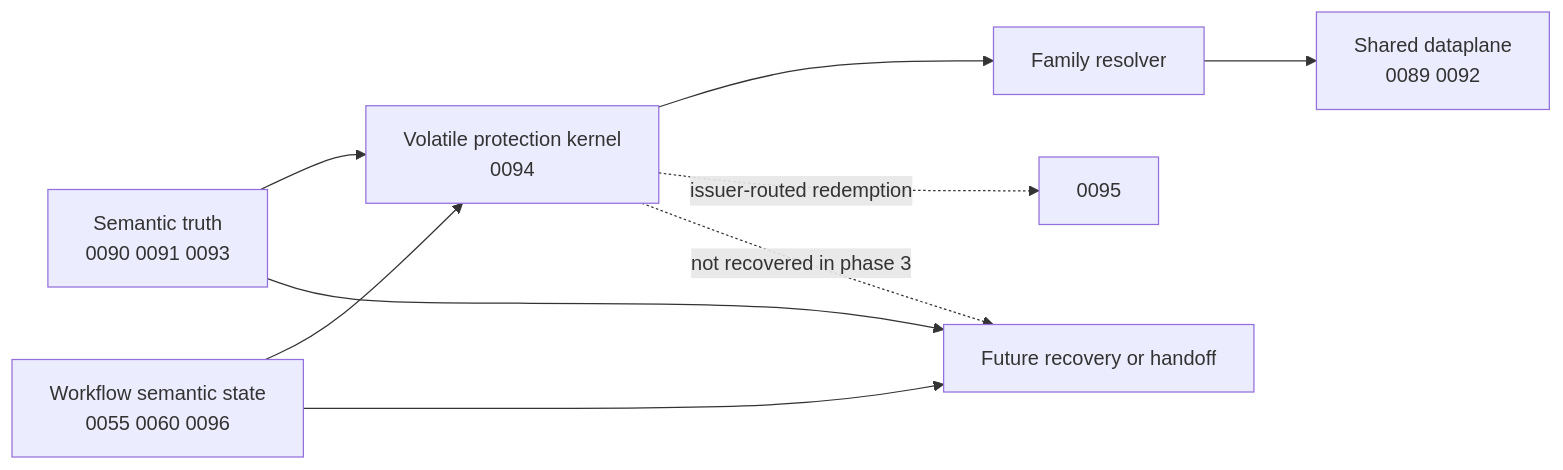
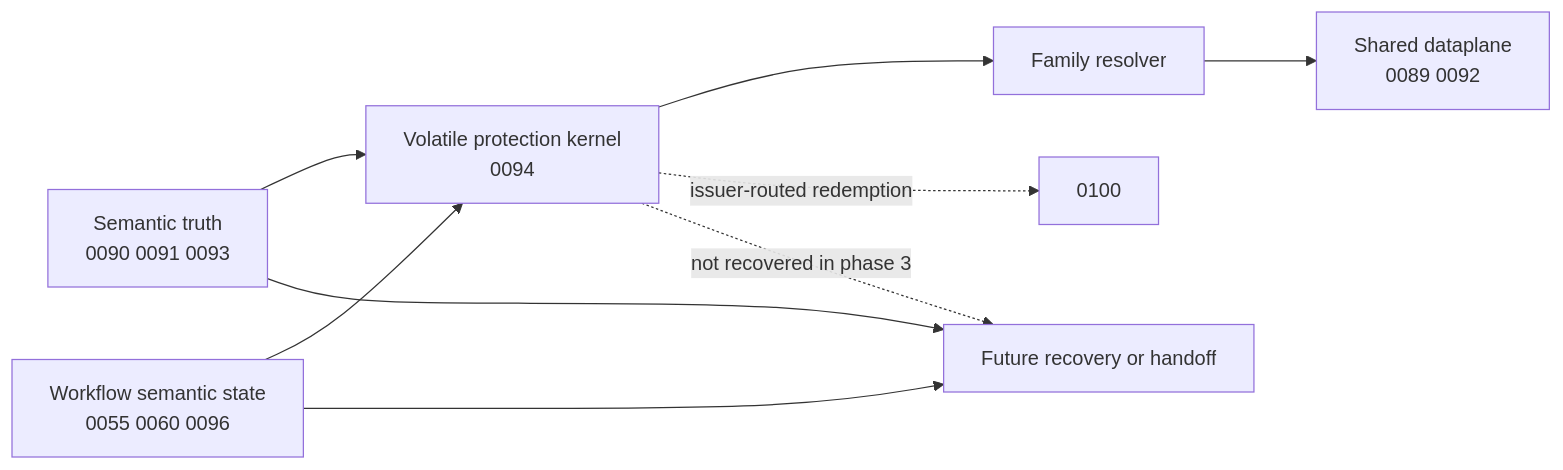
Before and after one commit to tensorcast-ai/tensorcast: the first of 3 diagrams in docs/designs/0094-unified-lifecycle-kernel-and-capability-families.md, drawn with Mermaid. The commit also changed other lines of this file and 54 other files, not shown here.

````diff
--- a/docs/designs/0094-unified-lifecycle-kernel-and-capability-families.md
+++ b/docs/designs/0094-unified-lifecycle-kernel-and-capability-families.md
@@ -355,11 +353,11 @@
 ```mermaid
 flowchart LR
   A["Semantic truth<br>0090 0091 0093"] --> B["Volatile protection kernel<br>0094"]
   C["Workflow semantic state<br>0055 0060 0096"] --> B
   B --> D["Family resolver"]
   D --> E["Shared dataplane<br>0089 0092"]
-  B -. issuer-routed redemption .-> F["0095"]
+  B -. issuer-routed redemption .-> F["0100"]
   A --> G["Future recovery or handoff"]
   C --> G
   B -. not recovered in phase 3 .-> G
 ```
````
